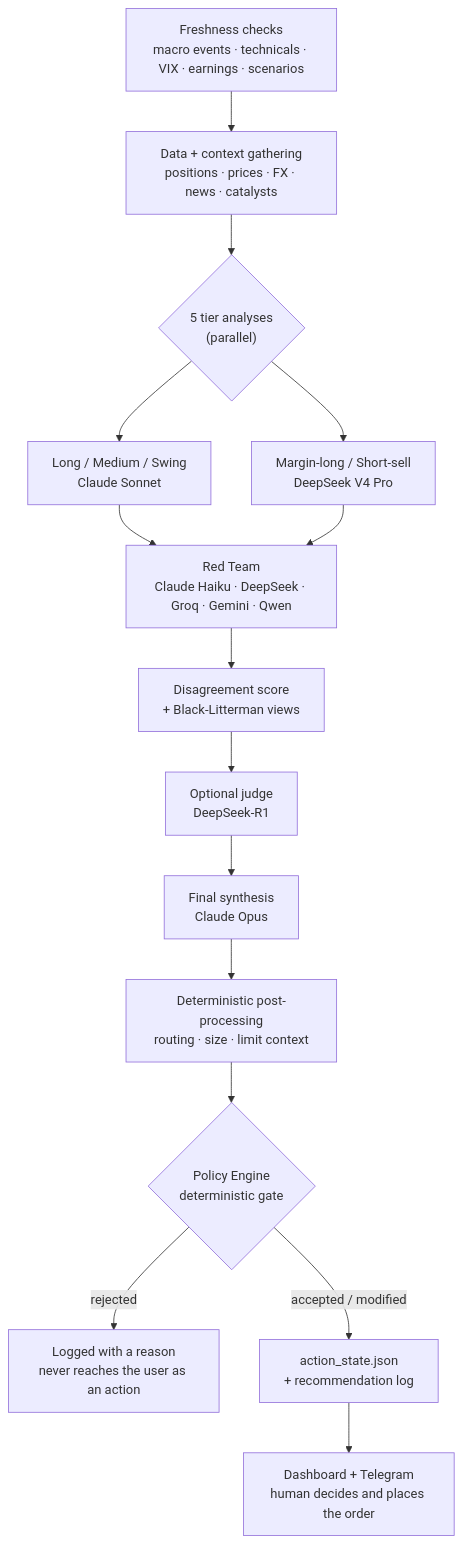
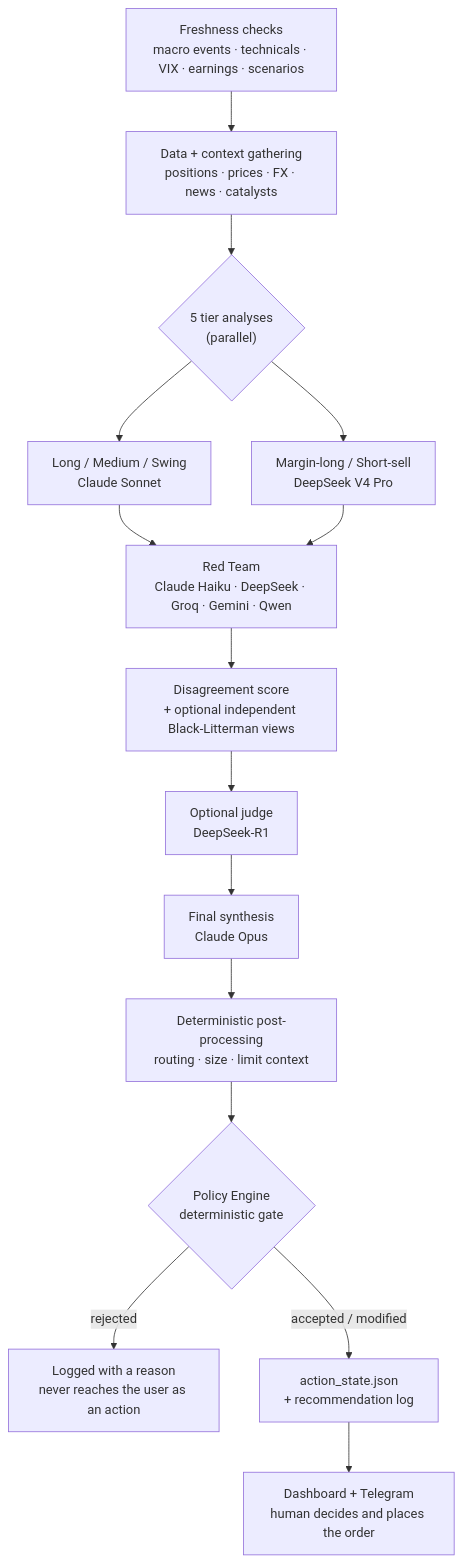
Before and after one commit to quant-almanac/almanac: the diagram in README.md, drawn with Mermaid. The commit also changed other lines of this file and 54 other files, not shown here.

````diff
--- a/README.md
+++ b/README.md
@@ -48,17 +48,17 @@
 ```mermaid
 flowchart TD
     A["Freshness checks<br/>macro events · technicals · VIX · earnings · scenarios"] --> B["Data + context gathering<br/>positions · prices · FX · news · catalysts"]
     B --> C{"5 tier analyses<br/>(parallel)"}
     C --> C1["Long / Medium / Swing<br/>Claude Sonnet"]
     C --> C2["Margin-long / Short-sell<br/>DeepSeek V4 Pro"]
     C1 --> D["Red Team<br/>Claude Haiku · DeepSeek · Groq · Gemini · Qwen"]
     C2 --> D
-    D --> E["Disagreement score<br/>+ Black-Litterman views"]
+    D --> E["Disagreement score<br/>+ optional independent Black-Litterman views"]
     E --> F["Optional judge<br/>DeepSeek-R1"]
     F --> G["Final synthesis<br/>Claude Opus"]
     G --> H["Deterministic post-processing<br/>routing · size · limit context"]
     H --> I{"Policy Engine<br/>deterministic gate"}
     I -->|rejected| J["Logged with a reason<br/>never reaches the user as an action"]
     I -->|accepted / modified| K["action_state.json<br/>+ recommendation log"]
     K --> L["Dashboard + Telegram<br/>human decides and places the order"]
 ```
````
